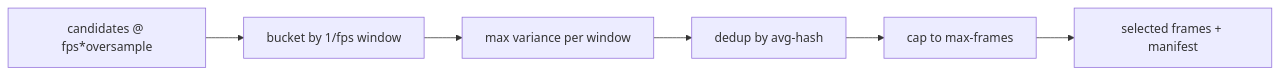
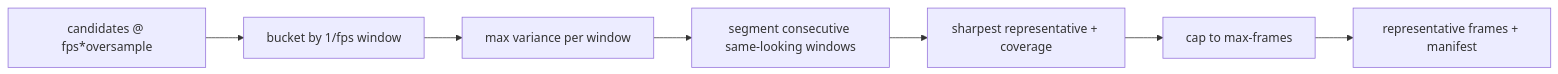
One commit to ForwardPathAI/skills changed the diagram in review-mp4/REFERENCE.md. Above: the diagram before and after it, drawn with Mermaid. The commit also changed other lines of this file and 3 other files, not shown here.

````diff
--- a/review-mp4/REFERENCE.md
+++ b/review-mp4/REFERENCE.md
@@ -44,8 +46,9 @@
 ```mermaid
 flowchart LR
   C["candidates @ fps*oversample"] --> B["bucket by 1/fps window"]
   B --> M["max variance per window"]
-  M --> D["dedup by avg-hash"]
-  D --> Cap["cap to max-frames"]
-  Cap --> S["selected frames + manifest"]
+  M --> Seg["segment consecutive same-looking windows"]
+  Seg --> Rep["sharpest representative + coverage"]
+  Rep --> Cap["cap to max-frames"]
+  Cap --> S["representative frames + manifest"]
 ```
````
